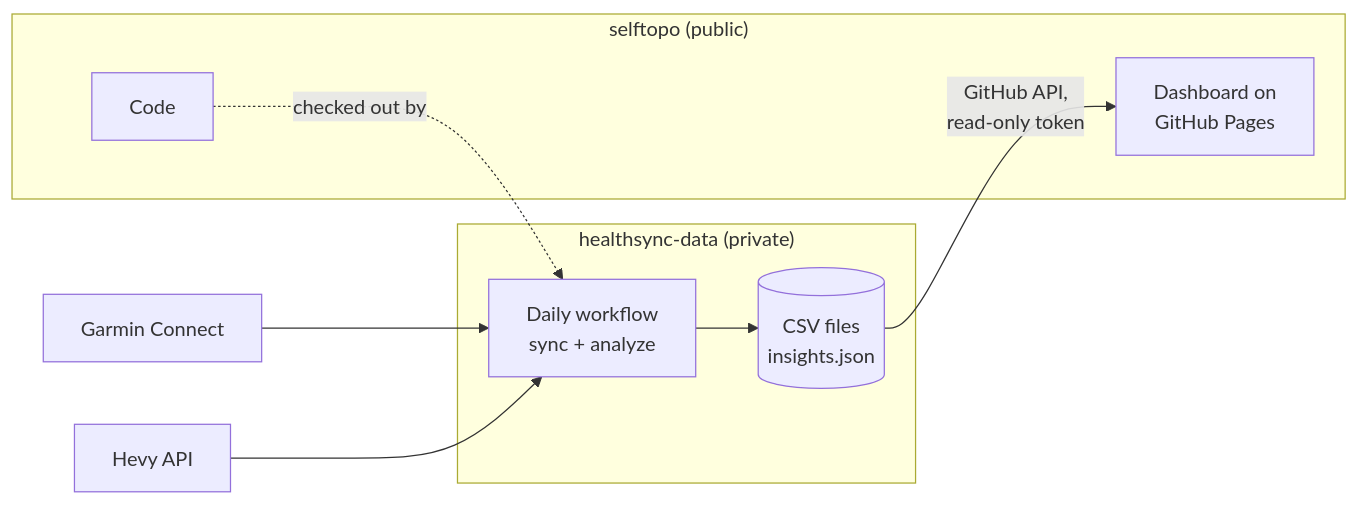
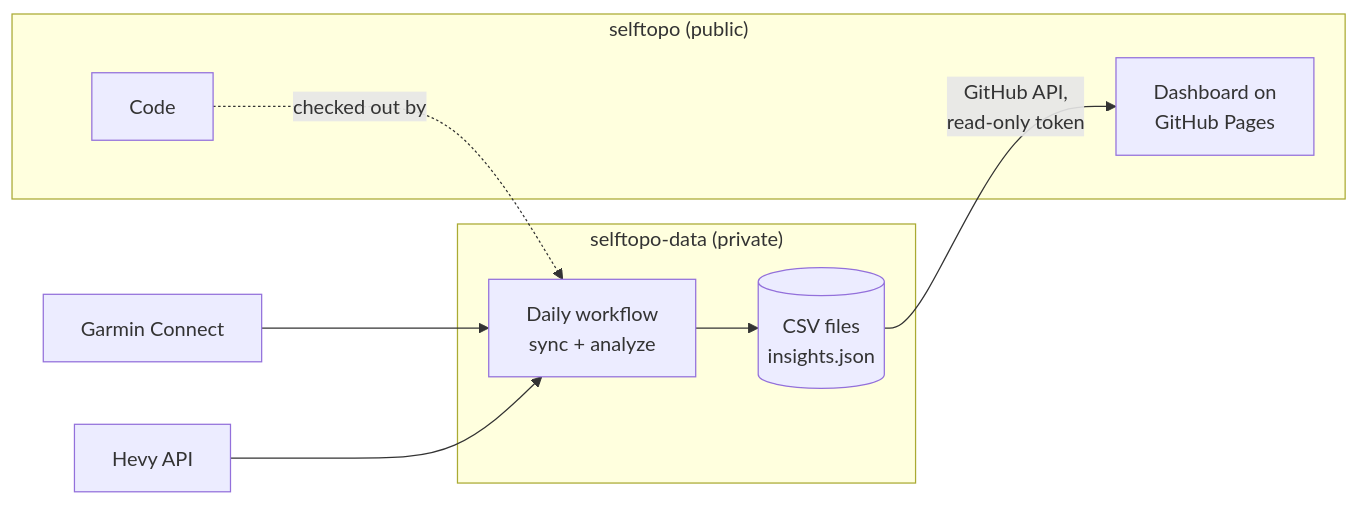
The diagram in README.md (sh4rkfx/selftopo), drawn with Mermaid before and after one commit. The commit also changed other lines of this file and 9 other files, not shown here.

````diff
--- a/README.md
+++ b/README.md
@@ -30,13 +30,13 @@
 ```mermaid
 flowchart LR
     G["Garmin Connect"] --> S
     H["Hevy API"] --> S
-    subgraph P["healthsync-data (private)"]
+    subgraph P["selftopo-data (private)"]
         S["Daily workflow<br/>sync + analyze"] --> C[("CSV files<br/>insights.json")]
     end
     subgraph O["selftopo (public)"]
         K["Code"] -. checked out by .-> S
         D["Dashboard on<br/>GitHub Pages"]
     end
     C -- "GitHub API,<br/>read-only token" --> D
 ```
````
